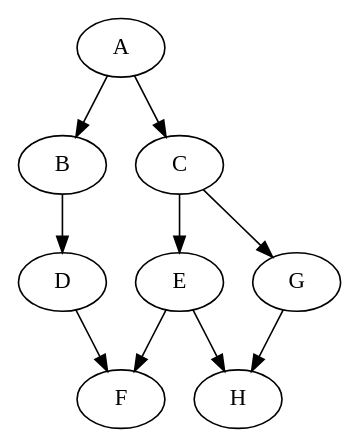
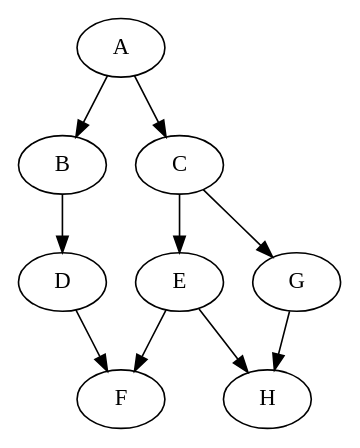
Before and after one commit to artiste-qb-net/quantum-fog: the diagram in examples_cbnets/dot_test1.dot, drawn with Graphviz. The commit also changed other lines of this file and 20 other files, not shown here.

```diff
--- a/examples_cbnets/dot_test1.dot
+++ b/examples_cbnets/dot_test1.dot
@@ -1,19 +1,19 @@
 strict digraph G {
+B;
 D;
-B;
+G;
 C;
+F;
+H;
 A;
 E;
-G;
-F;
-H;
+B -> D;
 D -> F;
-B -> D;
+G -> H;
+C -> G;
 C -> E;
-C -> G;
 A -> C;
 A -> B;
 E -> F;
 E -> H;
-G -> H;
 }
```
